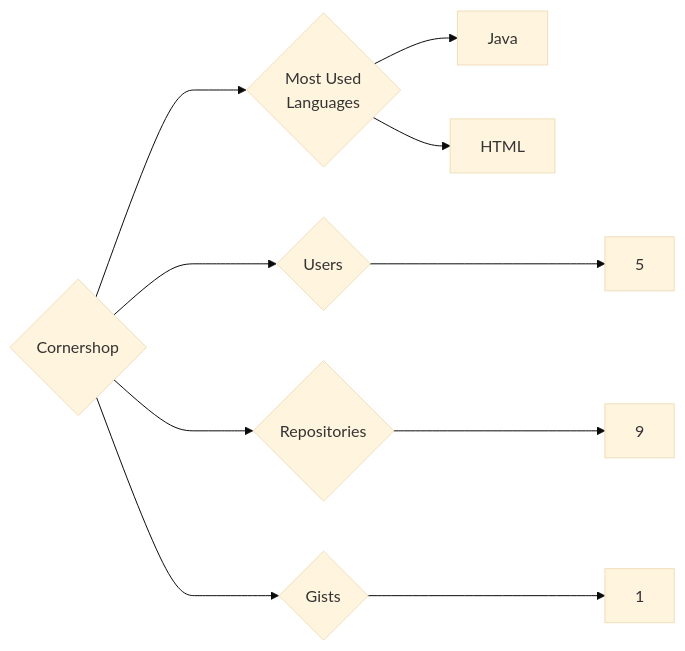
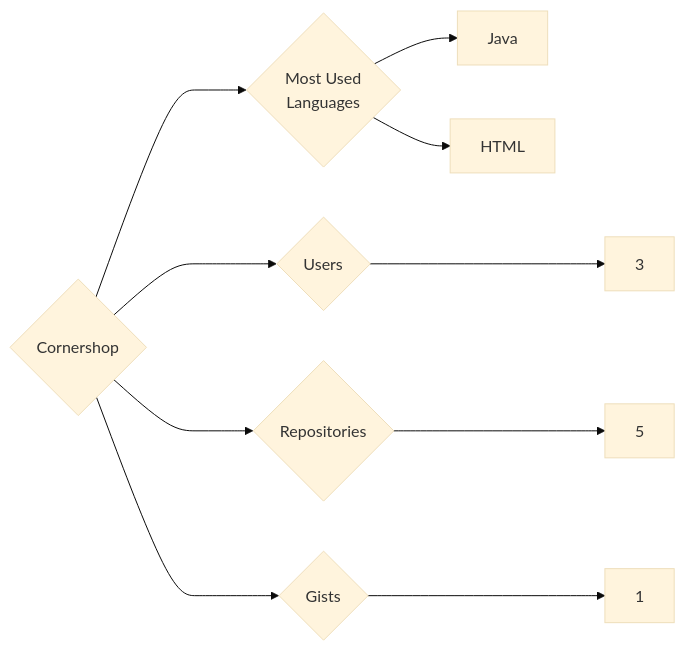
The diagram in targets/Cornershop/README.md (trickest/insiders), drawn with Mermaid (base theme) before and after one commit. The commit also changed 1007 other files, not shown here.

````diff
--- a/targets/Cornershop/README.md
+++ b/targets/Cornershop/README.md
@@ -3,10 +3,10 @@
 ```mermaid
 graph LR
 COMPANY_NAME{Cornershop}
-COMPANY_NAME ---> U{Users} ---> UN[5]
-COMPANY_NAME ---> R{Repositories} ---> RN[9]
+COMPANY_NAME ---> U{Users} ---> UN[3]
+COMPANY_NAME ---> R{Repositories} ---> RN[5]
 COMPANY_NAME ---> G{Gists} ---> GN[1]
 COMPANY_NAME ---> ML{Most Used<br>Languages}
 ML --> Java[Java]
 ML --> HTML[HTML]
 ```
````
